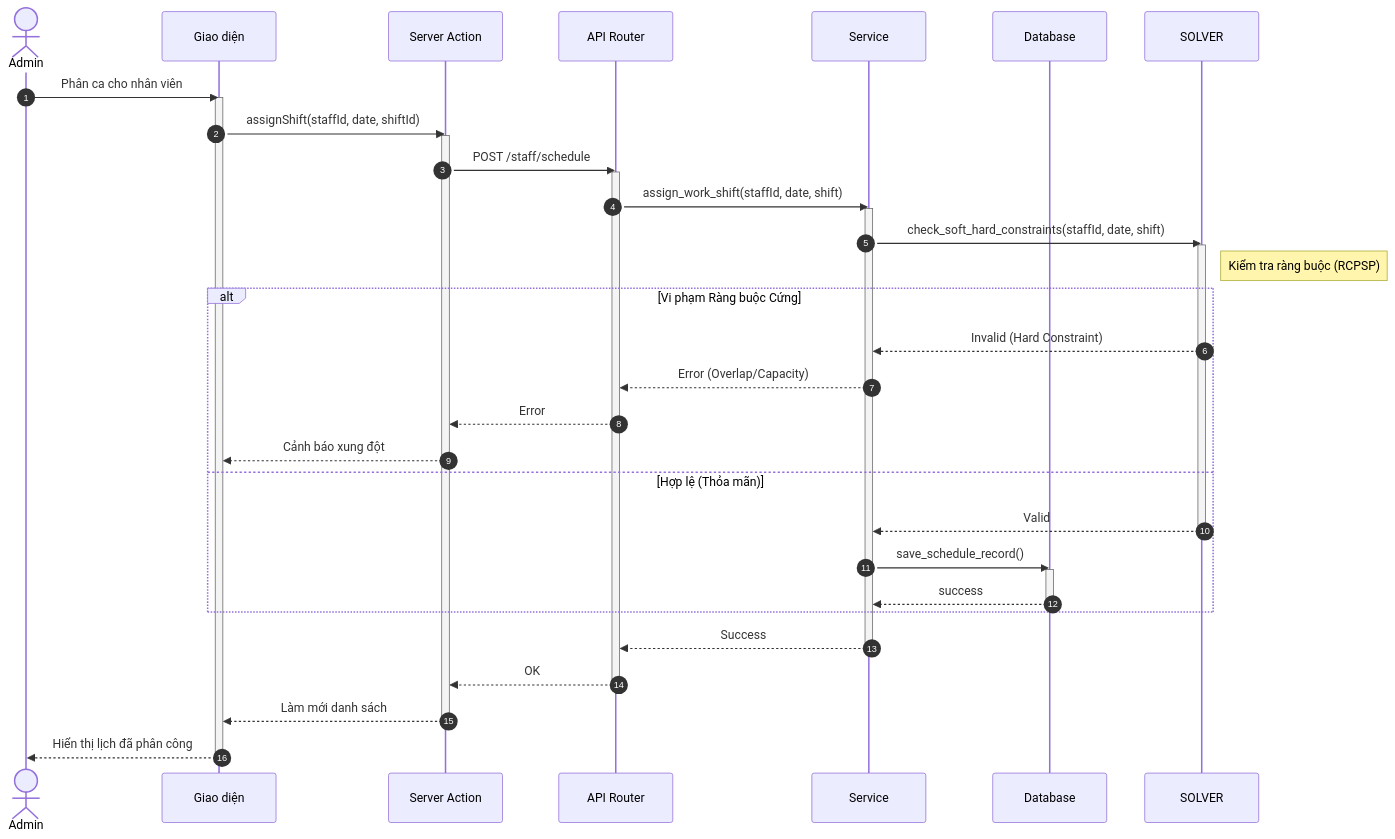
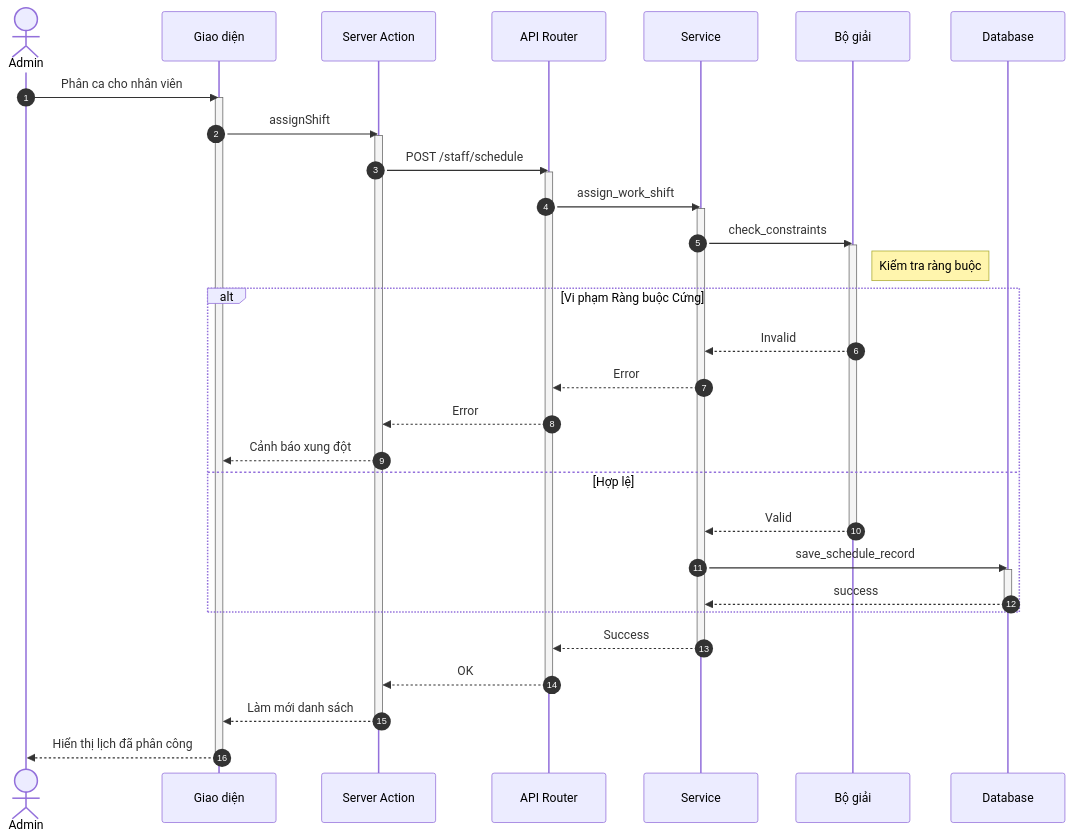
One commit to ngoctinn/Synapse changed the third of 4 diagrams in docs/design/sequences/admin_flows.md. Above: the diagram before and after it, drawn with Mermaid. The commit also changed other lines of this file and 1 other file, not shown here.

Commit message:
feat: Add sequence diagrams for admin and customer flows.

````diff
--- a/docs/design/sequences/admin_flows.md
+++ b/docs/design/sequences/admin_flows.md
@@ -113,51 +112,52 @@
 ```mermaid
 sequenceDiagram
     autonumber
     actor AD as Admin
     participant UI as Giao diện
     participant BFF as Server Action
     participant API as API Router
     participant S as Service
+    participant SOLVER as Bộ giải
     participant DB as Database
 
     AD->>UI: Phân ca cho nhân viên
     activate UI
-    UI->>BFF: assignShift(staffId, date, shiftId)
+    UI->>BFF: assignShift
     activate BFF
 
     BFF->>API: POST /staff/schedule
     activate API
 
-    API->>S: assign_work_shift(staffId, date, shift)
+    API->>S: assign_work_shift
     activate S
 
-    S->>SOLVER: check_soft_hard_constraints(staffId, date, shift)
+    S->>SOLVER: check_constraints
     activate SOLVER
-    note right of SOLVER: Kiểm tra ràng buộc (RCPSP)
+    note right of SOLVER: Kiểm tra ràng buộc
 
     alt Vi phạm Ràng buộc Cứng
-        SOLVER-->>S: Invalid (Hard Constraint)
-        S-->>API: Error (Overlap/Capacity)
+        SOLVER-->>S: Invalid
+        S-->>API: Error
         API-->>BFF: Error
         BFF-->>UI: Cảnh báo xung đột
-    else Hợp lệ (Thỏa mãn)
+    else Hợp lệ
         SOLVER-->>S: Valid
         deactivate SOLVER
-        S->>DB: save_schedule_record()
+        S->>DB: save_schedule_record
         activate DB
         DB-->>S: success
         deactivate DB
     end
 
     S-->>API: Success
     deactivate S
 
     API-->>BFF: OK
     deactivate API
 
     BFF-->>UI: Làm mới danh sách
     deactivate BFF
 
     UI-->>AD: Hiển thị lịch đã phân công
     deactivate UI
 ```
````
